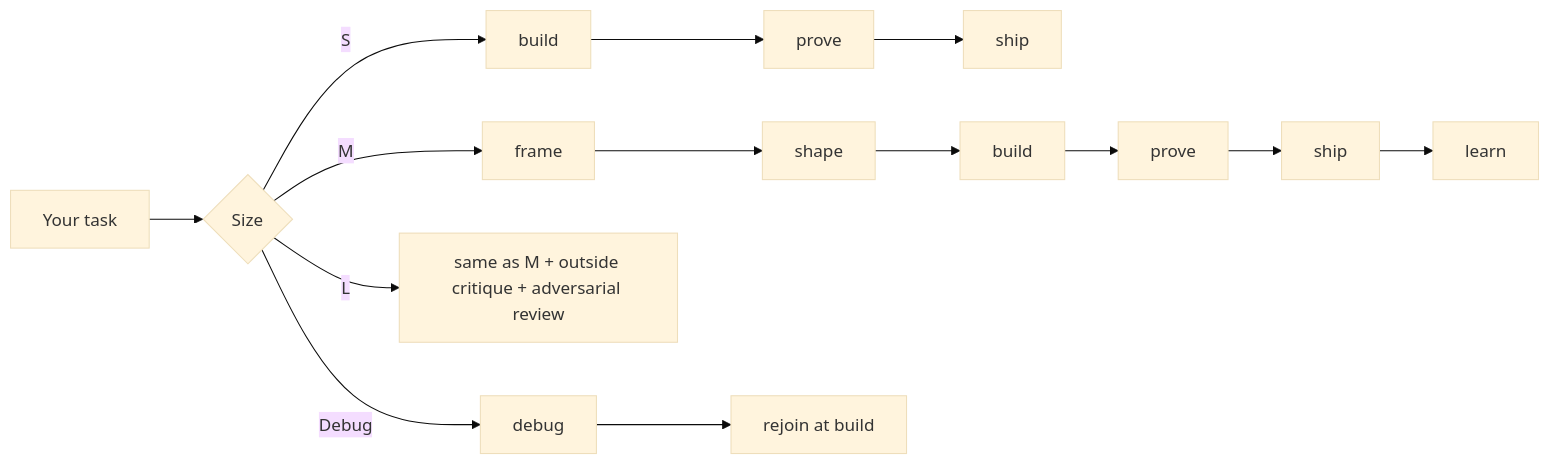
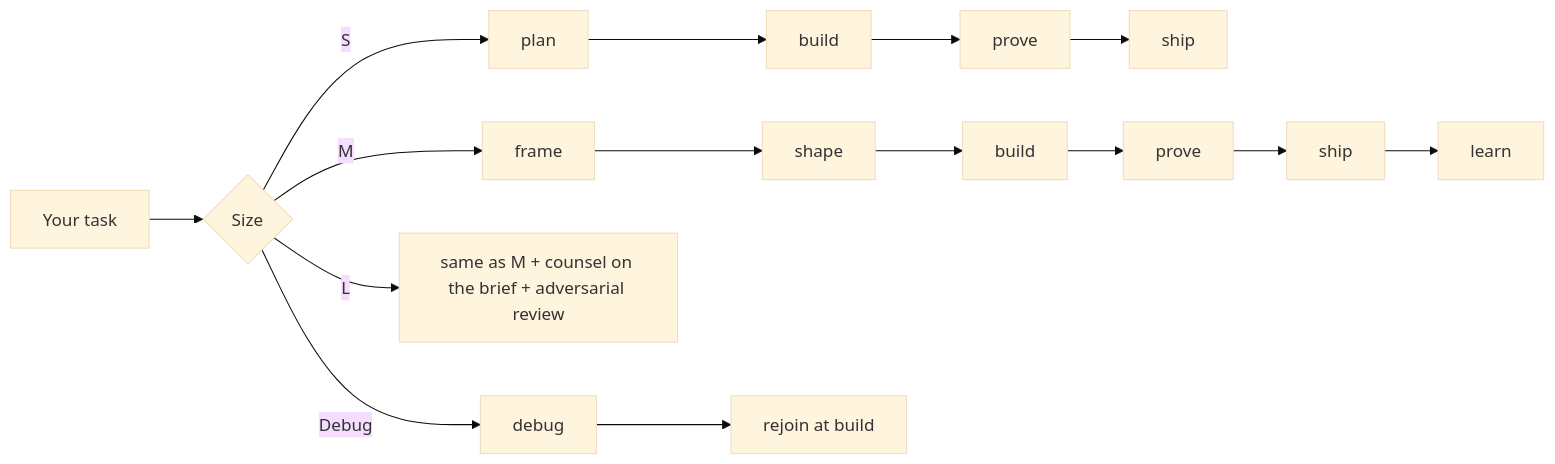
One commit to ravipetlur/keel changed the diagram in docs/how-it-works.md. Above: the diagram before and after it, drawn with Mermaid (base theme). The commit also changed other lines of this file and 17 other files, not shown here.

````diff
--- a/docs/how-it-works.md
+++ b/docs/how-it-works.md
@@ -7,8 +19,8 @@
 ```mermaid
 flowchart LR
   T[Your task] --> S{Size}
-  S -->|S| B1[build] --> P1[prove] --> SH1[ship]
+  S -->|S| PL[plan] --> B1[build] --> P1[prove] --> SH1[ship]
   S -->|M| F[frame] --> SP[shape] --> B2[build] --> P2[prove] --> SH2[ship] --> L[learn]
-  S -->|L| X[same as M + outside critique + adversarial review]
+  S -->|L| X[same as M + counsel on the brief + adversarial review]
   S -->|Debug| D[debug] --> R[rejoin at build]
 ```
````
